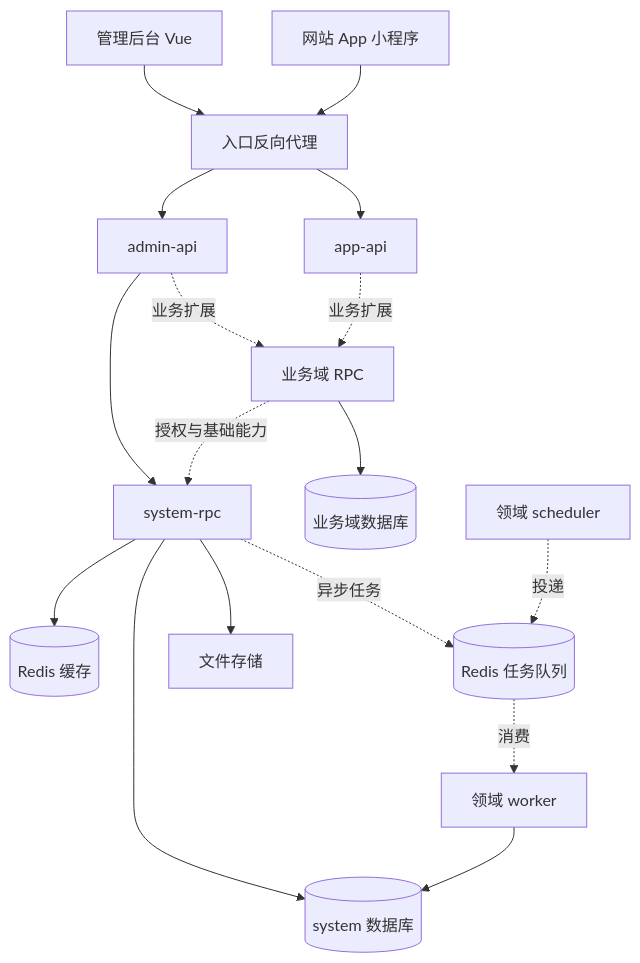
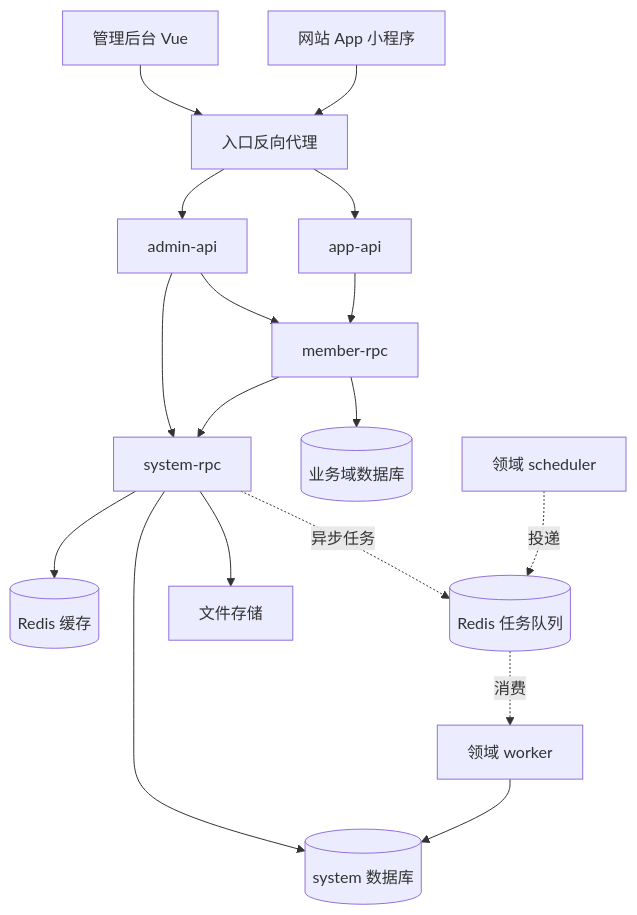
Before and after one commit to kar1hsu/go-seed: the diagram in docs/architecture.md, drawn with Mermaid. The commit also changed other lines of this file and 144 other files, not shown here.

````diff
--- a/docs/architecture.md
+++ b/docs/architecture.md
@@ -27,19 +27,19 @@
 ```mermaid
 flowchart TB
   Admin[管理后台 Vue] --> Edge[入口反向代理]
   App[网站 App 小程序] --> Edge
   Edge --> AdminAPI[admin-api]
   Edge --> AppAPI[app-api]
   AdminAPI --> System[system-rpc]
-  AdminAPI -. 业务扩展 .-> Domain[业务域 RPC]
-  AppAPI -. 业务扩展 .-> Domain
-  Domain -. 授权与基础能力 .-> System
+  AdminAPI --> Domain[member-rpc]
+  AppAPI --> Domain
+  Domain --> System
   System --> SystemDB[(system 数据库)]
   Domain --> DomainDB[(业务域数据库)]
   System --> Cache[(Redis 缓存)]
   System -. 异步任务 .-> Queue[(Redis 任务队列)]
   Scheduler[领域 scheduler] -. 投递 .-> Queue
   Queue -. 消费 .-> Worker[领域 worker]
   Worker --> SystemDB
   System --> Object[文件存储]
 ```
````
